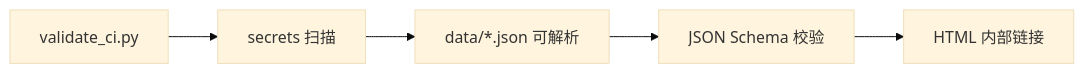
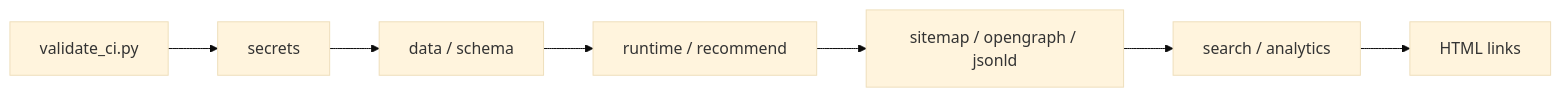
One commit to bio-apple/ai changed the seventh of 8 diagrams in docs/ARCHITECTURE.md. Above: the diagram before and after it, drawn with Mermaid (base theme). The commit also changed other lines of this file and 11 other files, not shown here.

````diff
--- a/docs/ARCHITECTURE.md
+++ b/docs/ARCHITECTURE.md
@@ -254,9 +269,11 @@
 ```mermaid
 flowchart LR
   V["validate_ci.py"]
-  S["secrets 扫描"]
-  D["data/*.json 可解析"]
-  SCH["JSON Schema 校验"]
-  LINK["HTML 内部链接"]
-  V --> S --> D --> SCH --> LINK
+  S["secrets"]
+  D["data / schema"]
+  RT["runtime / recommend"]
+  SEO["sitemap / opengraph / jsonld"]
+  SR["search / analytics"]
+  LINK["HTML links"]
+  V --> S --> D --> RT --> SEO --> SR --> LINK
 ```
````
